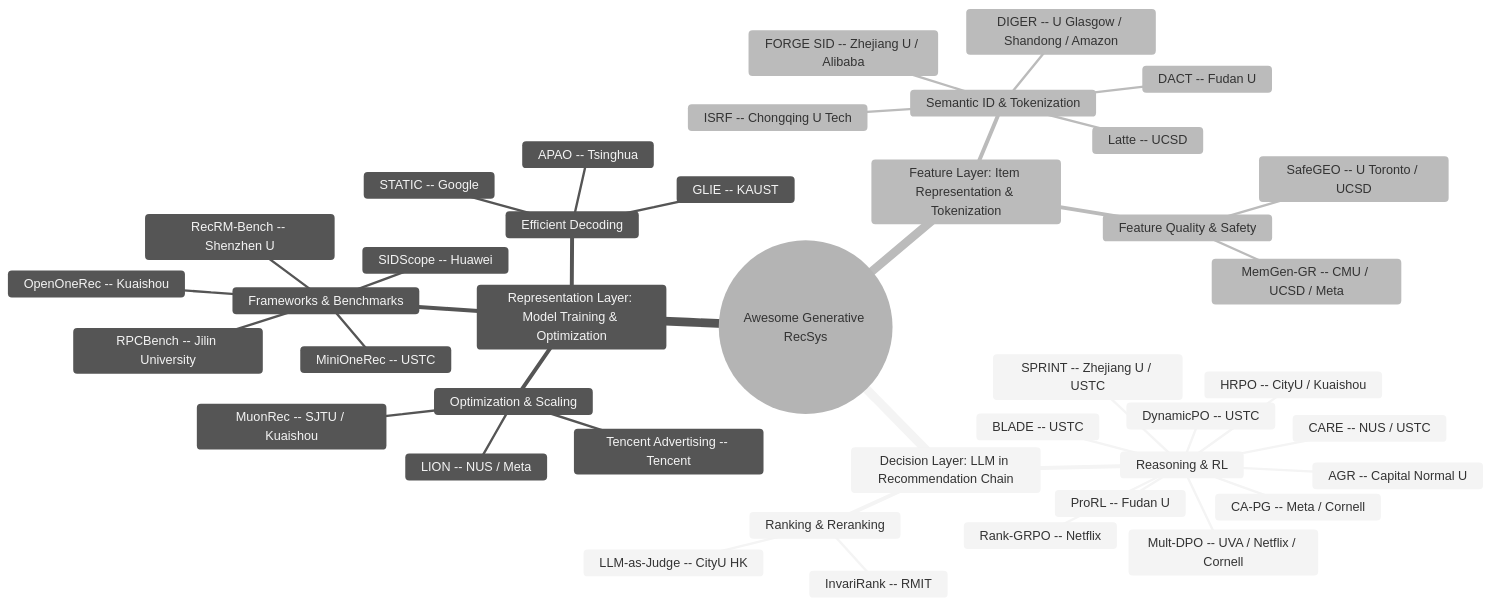
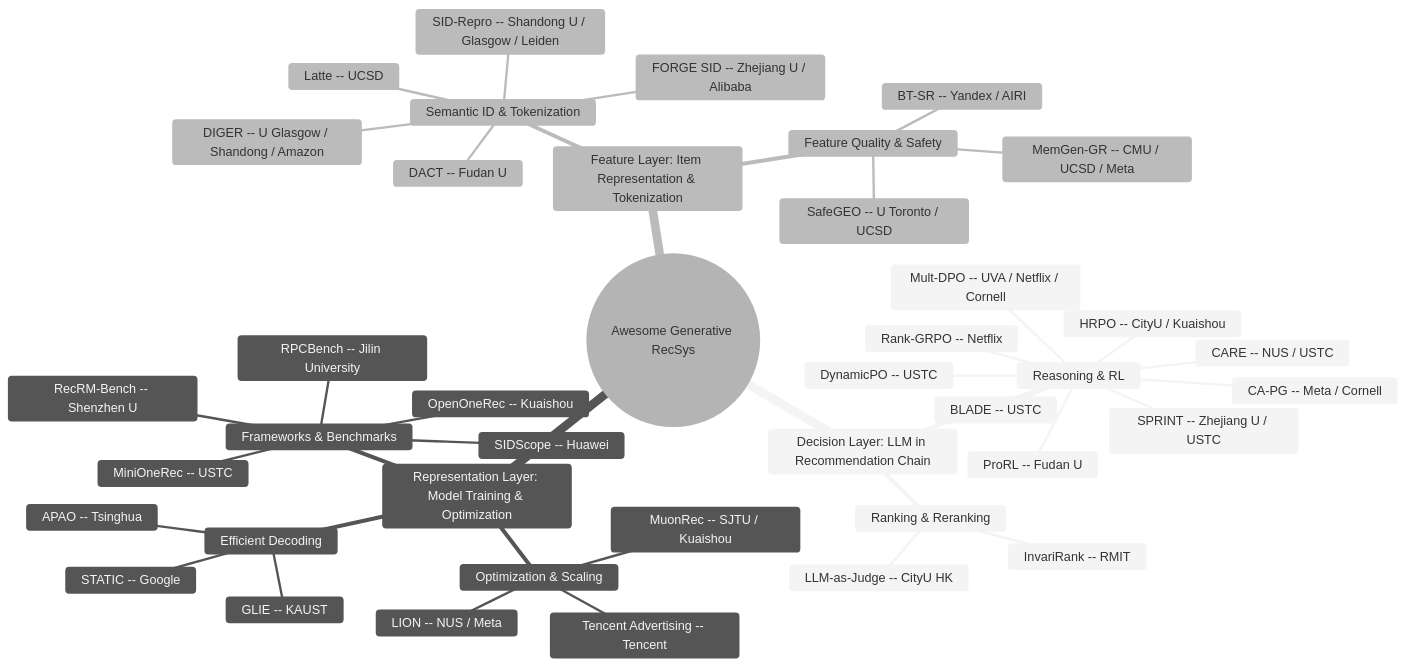
The diagram in README.md (HaFred/awesome-generative-recsys), drawn with Mermaid (neutral theme) before and after one commit. The commit also changed other lines of this file and 3 other files, not shown here.

Commit message:
feat: Sep 22 — 5 papers (2 opensource): SID-Repro SID-design repro study (Shandong/Glasgow/Leiden) + Guided SID (Meta); BT-SR, MuSeR (Baidu), YouTube Music rationales (Google); FacetCRS re-hit; archive Sep 12

````diff
--- a/README.md
+++ b/README.md
@@ -30,44 +30,44 @@
 ```mermaid
 mindmap
   root((Awesome Generative RecSys))
     Decision Layer: LLM in Recommendation Chain
       Reasoning & RL
         Rank-GRPO -- Netflix
         DynamicPO -- USTC
         BLADE -- USTC
         SPRINT -- Zhejiang U / USTC
         CARE -- NUS / USTC
         HRPO -- CityU / Kuaishou
         Mult-DPO -- UVA / Netflix / Cornell
         CA-PG -- Meta / Cornell
         ProRL -- Fudan U
-        AGR -- Capital Normal U
       Ranking & Reranking
         InvariRank -- RMIT
         LLM-as-Judge -- CityU HK
     Representation Layer: Model Training & Optimization
       Frameworks & Benchmarks
         MiniOneRec -- USTC
         OpenOneRec -- Kuaishou
         RecRM-Bench -- Shenzhen U
         SIDScope -- Huawei
         RPCBench -- Jilin University
       Efficient Decoding
         STATIC -- Google
         APAO -- Tsinghua
         GLIE -- KAUST
       Optimization & Scaling
         MuonRec -- SJTU / Kuaishou
         Tencent Advertising -- Tencent
         LION -- NUS / Meta
     Feature Layer: Item Representation & Tokenization
       Semantic ID & Tokenization
         Latte -- UCSD
         FORGE SID -- Zhejiang U / Alibaba
         DIGER -- U Glasgow / Shandong / Amazon
         DACT -- Fudan U
-        ISRF -- Chongqing U Tech
+        SID-Repro -- Shandong U / Glasgow / Leiden
       Feature Quality & Safety
         SafeGEO -- U Toronto / UCSD
         MemGen-GR -- CMU / UCSD / Meta
+        BT-SR -- Yandex / AIRI
 ```
````
